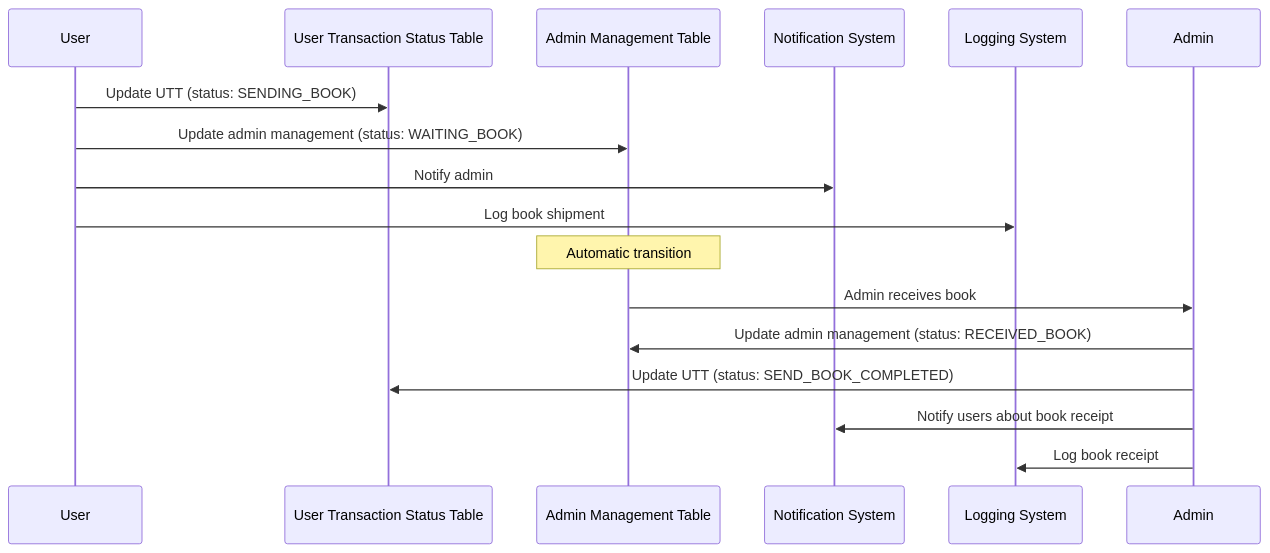
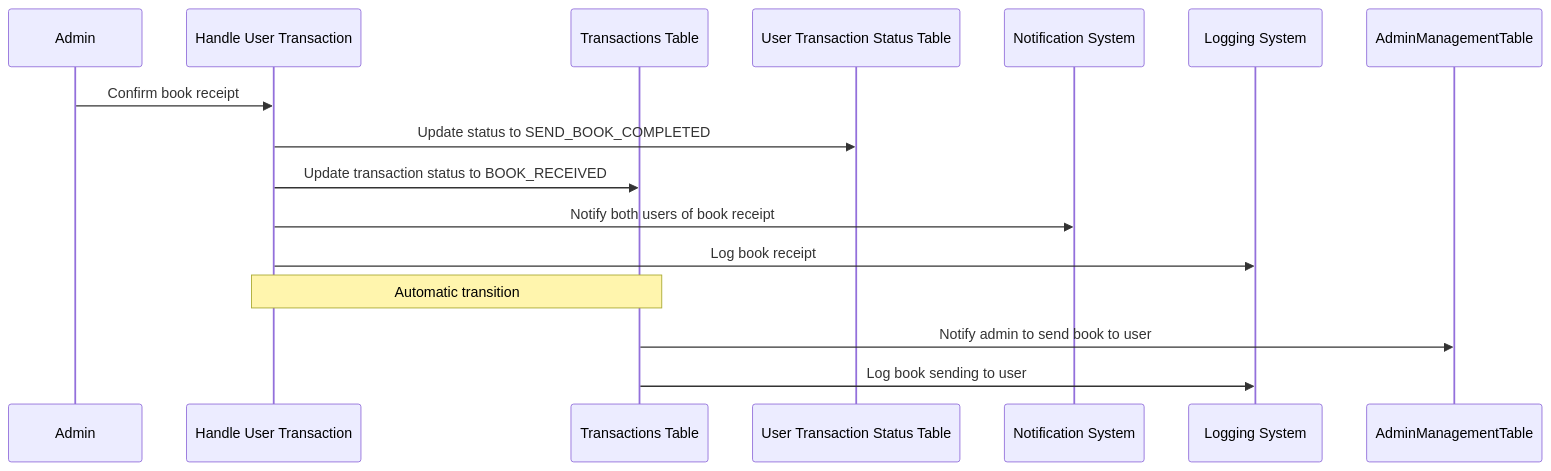
Before and after one commit to Loknong/book-exchange: the ninth of 11 diagrams in documents/Exchange.flow.md, drawn with Mermaid. The commit also changed other lines of this file, not shown here.

````diff
--- a/documents/Exchange.flow.md
+++ b/documents/Exchange.flow.md
@@ -286,21 +280,19 @@
 ```mermaid
 sequenceDiagram
-    participant User
+    participant Admin
+    participant HandleUserTransaction as Handle User Transaction
+    participant TransactionsTable as Transactions Table
     participant UserTransactionStatusTable as User Transaction Status Table
-    participant AdminManagementTable as Admin Management Table
     participant NotificationSystem as Notification System
     participant LoggingSystem as Logging System
-    participant Admin
 
-    User->>UserTransactionStatusTable: Update UTT (status: SENDING_BOOK)
-    User->>AdminManagementTable: Update admin management (status: WAITING_BOOK)
-    User->>NotificationSystem: Notify admin
-    User->>LoggingSystem: Log book shipment
+    Admin->>HandleUserTransaction: Confirm book receipt
+    HandleUserTransaction->>UserTransactionStatusTable: Update status to SEND_BOOK_COMPLETED
+    HandleUserTransaction->>TransactionsTable: Update transaction status to BOOK_RECEIVED
+    HandleUserTransaction->>NotificationSystem: Notify both users of book receipt
+    HandleUserTransaction->>LoggingSystem: Log book receipt
 
-    note over AdminManagementTable: Automatic transition
-    AdminManagementTable->>Admin: Admin receives book
-    Admin->>AdminManagementTable: Update admin management (status: RECEIVED_BOOK)
-    Admin->>UserTransactionStatusTable: Update UTT (status: SEND_BOOK_COMPLETED)
-    Admin->>NotificationSystem: Notify users about book receipt
-    Admin->>LoggingSystem: Log book receipt
+    note over HandleUserTransaction, TransactionsTable: Automatic transition
+    TransactionsTable->>AdminManagementTable: Notify admin to send book to user
+    TransactionsTable->>LoggingSystem: Log book sending to user
 ```
````
